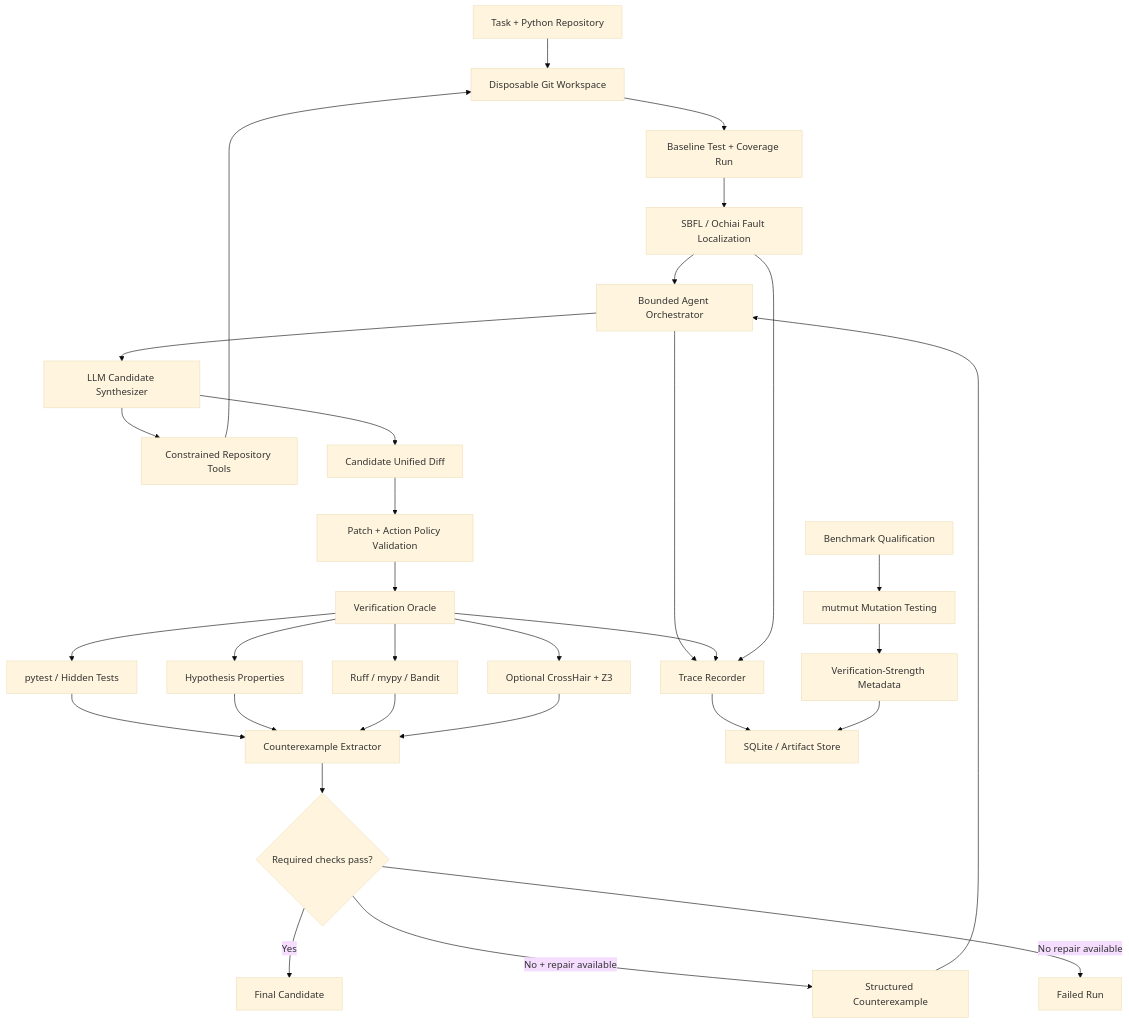
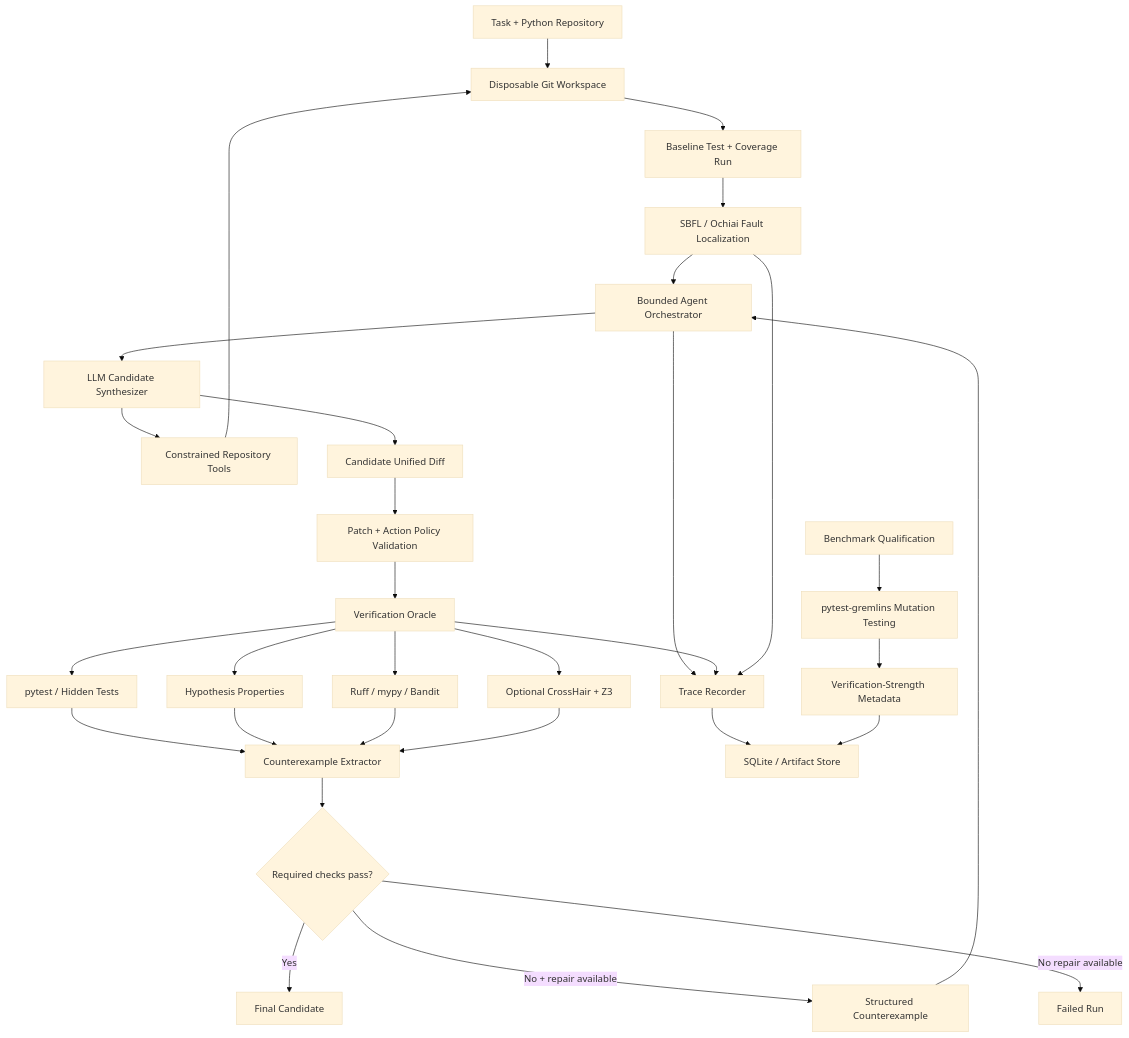
Before and after one commit to alizeeshan-dev/AgentTrace: the diagram in agentrace.md, drawn with Mermaid (base theme). The commit also changed other lines of this file and 47 other files, not shown here.

Commit message:
Removed mutmut. docker + WSL implemetation, added pytest-gremlin support

````diff
--- a/agentrace.md
+++ b/agentrace.md
@@ -417,42 +419,42 @@
 ```mermaid
 flowchart TD
     User["Task + Python Repository"] --> Workspace["Disposable Git Workspace"]
 
     Workspace --> Baseline["Baseline Test + Coverage Run"]
     Baseline --> SBFL["SBFL / Ochiai Fault Localization"]
 
     SBFL --> Orchestrator["Bounded Agent Orchestrator"]
     Orchestrator --> LLM["LLM Candidate Synthesizer"]
     LLM --> Tools["Constrained Repository Tools"]
     Tools --> Workspace
 
     LLM --> Patch["Candidate Unified Diff"]
     Patch --> Policy["Patch + Action Policy Validation"]
     Policy --> Verify["Verification Oracle"]
 
     Verify --> Pytest["pytest / Hidden Tests"]
     Verify --> Hypothesis["Hypothesis Properties"]
     Verify --> Static["Ruff / mypy / Bandit"]
     Verify --> Symbolic["Optional CrossHair + Z3"]
 
     Pytest --> Evidence["Counterexample Extractor"]
     Hypothesis --> Evidence
     Static --> Evidence
     Symbolic --> Evidence
 
     Evidence --> Decision{"Required checks pass?"}
 
     Decision -->|"Yes"| Final["Final Candidate"]
     Decision -->|"No + repair available"| Repair["Structured Counterexample"]
     Repair --> Orchestrator
     Decision -->|"No repair available"| Failed["Failed Run"]
 
     Orchestrator --> Trace["Trace Recorder"]
     Verify --> Trace
     SBFL --> Trace
     Trace --> DB["SQLite / Artifact Store"]
 
-    Benchmark["Benchmark Qualification"] --> Mutmut["mutmut Mutation Testing"]
-    Mutmut --> OracleScore["Verification-Strength Metadata"]
+    Benchmark["Benchmark Qualification"] --> Gremlins["pytest-gremlins Mutation Testing"]
+    Gremlins --> OracleScore["Verification-Strength Metadata"]
     OracleScore --> DB
 ```
````
